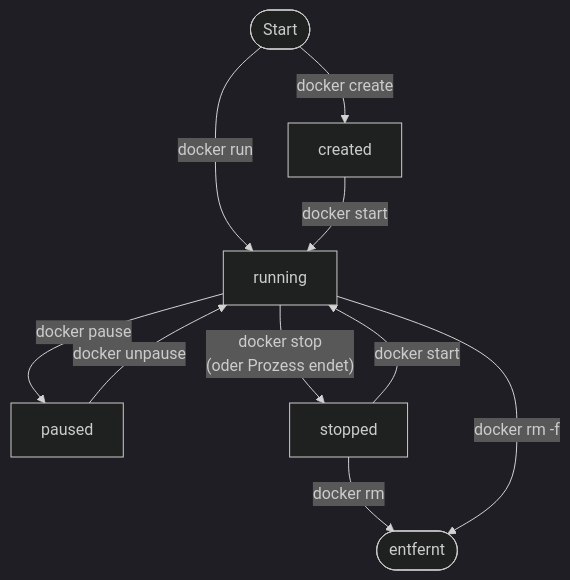
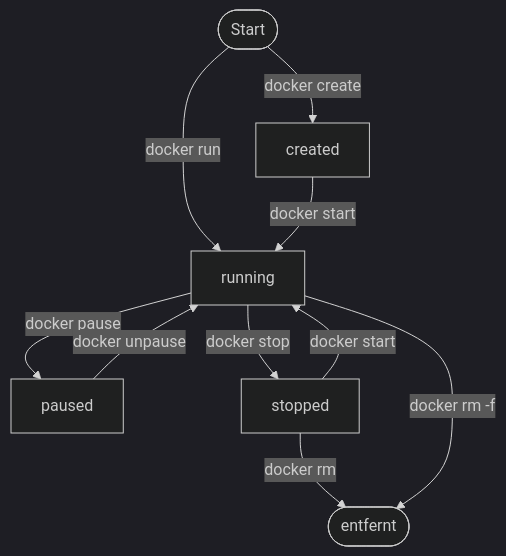
Before and after one commit to JacobMenge/kurs-unterlagen: the diagram in docs/docker/image-und-container.md, drawn with Mermaid (dark theme). The commit also changed other lines of this file and 3 other files, not shown here.

First line of the commit message:
Diagramm-Feinschliff: Labels gekürzt für bessere Lesbarkeit

````diff
--- a/docs/docker/image-und-container.md
+++ b/docs/docker/image-und-container.md
@@ -157,12 +157,12 @@
 ```mermaid
 flowchart TB
   START([Start]) -- "docker create" --> CREATED["created"]
   START -- "docker run" --> RUNNING["running"]
   CREATED -- "docker start" --> RUNNING
   RUNNING -- "docker pause" --> PAUSED["paused"]
   PAUSED -- "docker unpause" --> RUNNING
-  RUNNING -- "docker stop<br/>(oder Prozess endet)" --> STOPPED["stopped"]
+  RUNNING -- "docker stop" --> STOPPED["stopped"]
   STOPPED -- "docker start" --> RUNNING
-  STOPPED -- "docker rm" --> END([entfernt])
-  RUNNING -- "docker rm -f" --> END
+  STOPPED -- "docker rm" --> ENDED([entfernt])
+  RUNNING -- "docker rm -f" --> ENDED
 ```
````
